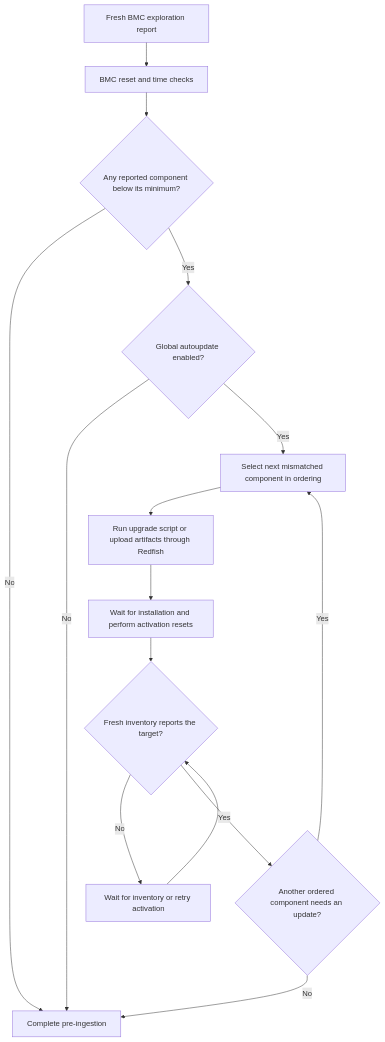
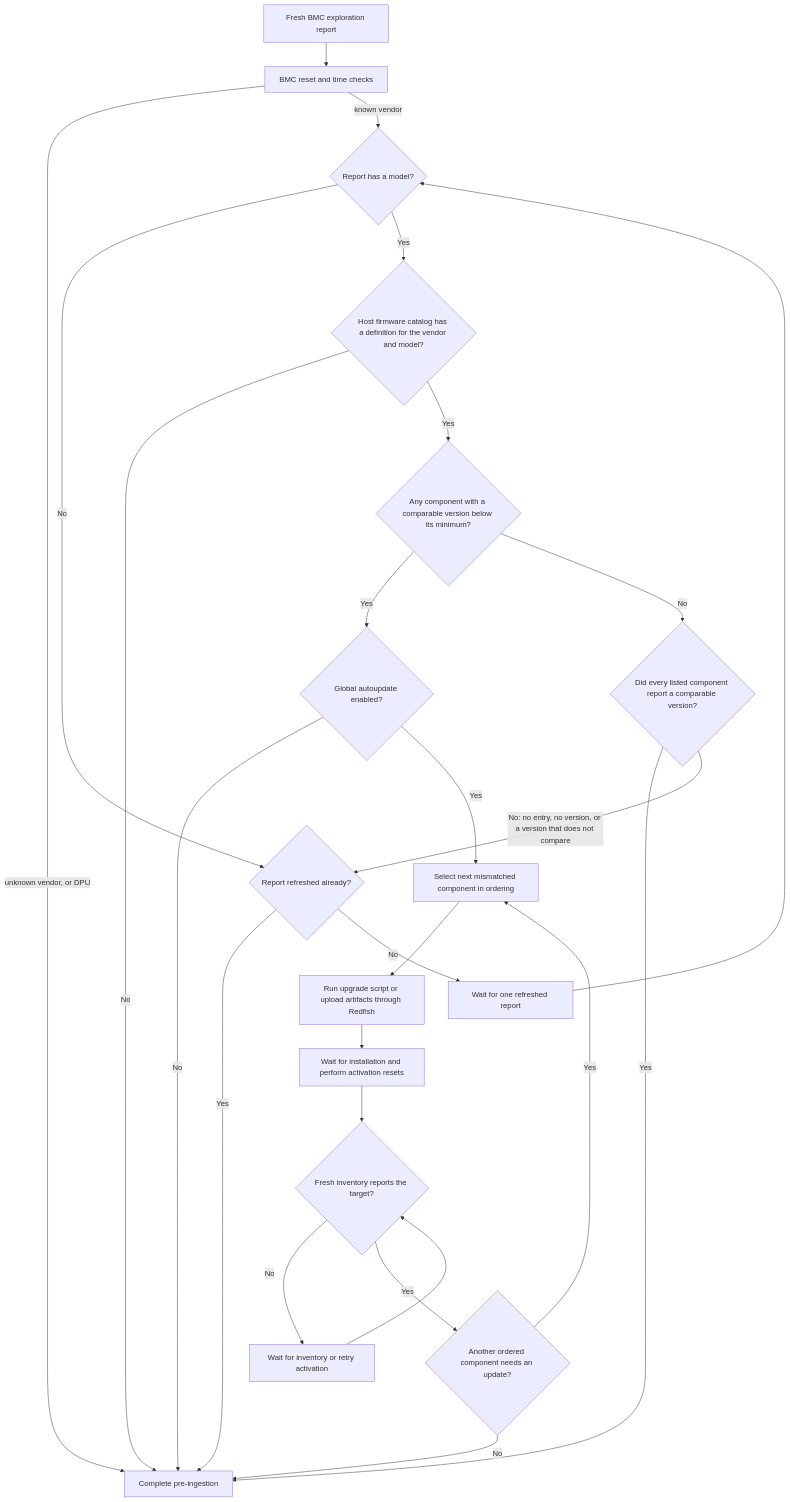
The diagram in docs/operations/firmware-updates/pre-ingestion.md (dsx-ai-factory/infra-controller), drawn with Mermaid before and after one commit. The commit also changed other lines of this file and 4 other files, not shown here.

First line of the commit message:
feat(preingestion): get a refreshed report before letting an incomplete one through

````diff
--- a/docs/operations/firmware-updates/pre-ingestion.md
+++ b/docs/operations/firmware-updates/pre-ingestion.md
@@ -94,17 +99,27 @@
 ```mermaid
 flowchart TD
     A["Fresh BMC exploration report"] --> B["BMC reset and time checks"]
-    B --> C{"Any reported component below its minimum?"}
-    C -- No --> J["Complete pre-ingestion"]
+    B -- "unknown vendor, or DPU" --> J["Complete pre-ingestion"]
+    B -- "known vendor" --> B1{"Report has a model?"}
+    B1 -- No --> R1{"Report refreshed already?"}
+    R1 -- Yes --> J
+    R1 -- No --> R["Wait for one refreshed report"]
+    R --> B1
+    B1 -- Yes --> B2{"Host firmware catalog has a definition for the vendor and model?"}
+    B2 -- No --> J
+    B2 -- Yes --> C{"Any component with a comparable version below its minimum?"}
     C -- Yes --> D{"Global autoupdate enabled?"}
+    C -- No --> C1{"Did every listed component report a comparable version?"}
+    C1 -- Yes --> J
+    C1 -- "No: no entry, no version, or a version that does not compare" --> R1
     D -- No --> J
     D -- Yes --> E["Select next mismatched component in ordering"]
     E --> F["Run upgrade script or upload artifacts through Redfish"]
     F --> G["Wait for installation and perform activation resets"]
     G --> H{"Fresh inventory reports the target?"}
     H -- No --> K["Wait for inventory or retry activation"]
     K --> H
     H -- Yes --> I{"Another ordered component needs an update?"}
     I -- Yes --> E
     I -- No --> J
 ```
````
